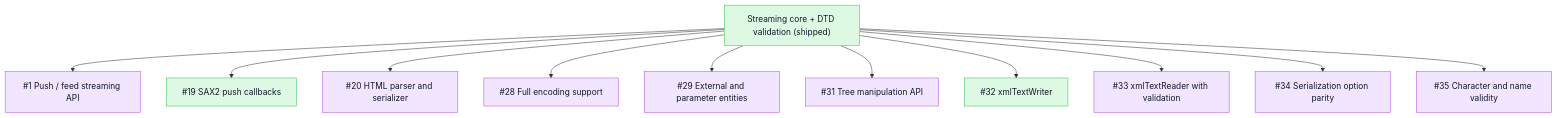
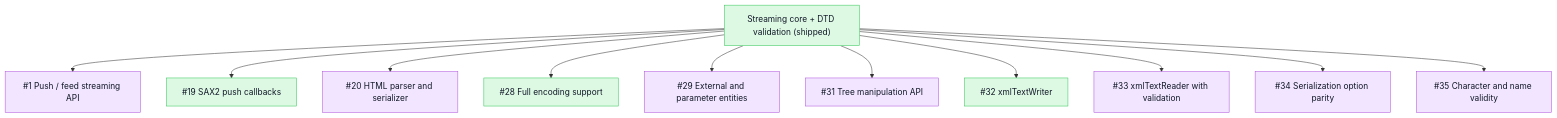
The second of 5 diagrams in README.md (mihaelamj/PureXML), drawn with Mermaid before and after one commit. The commit also changed 5 other files, not shown here.

First line of the commit message:
feat(parsing): full encoding support (UTF-32, ISO-8859-1, Windows-1252)

````diff
--- a/README.md
+++ b/README.md
@@ -52,28 +52,28 @@
 ```mermaid
 flowchart TB
   classDef done fill:#ddf9e4,stroke:#34c759,color:#111827
   classDef review fill:#fff7d6,stroke:#ffcc00,color:#111827
   classDef epic fill:#f2e5ff,stroke:#af52de,color:#111827
   classDef todo fill:#f2f4f7,stroke:#8e8e93,color:#111827
   Core["Streaming core + DTD validation (shipped)"]:::done
   Push["#1 Push / feed streaming API"]:::epic
   Sax["#19 SAX2 push callbacks"]:::done
   Html["#20 HTML parser and serializer"]:::epic
-  Enc["#28 Full encoding support"]:::epic
+  Enc["#28 Full encoding support"]:::done
   Ent["#29 External and parameter entities"]:::epic
   TreeApi["#31 Tree manipulation API"]:::epic
   Writer["#32 xmlTextWriter"]:::done
   Reader["#33 xmlTextReader with validation"]:::epic
   Save["#34 Serialization option parity"]:::epic
   Chars["#35 Character and name validity"]:::epic
   Core --> Push
   Core --> Sax
   Core --> Html
   Core --> Enc
   Core --> Ent
   Core --> TreeApi
   Core --> Writer
   Core --> Reader
   Core --> Save
   Core --> Chars
 ```
````
